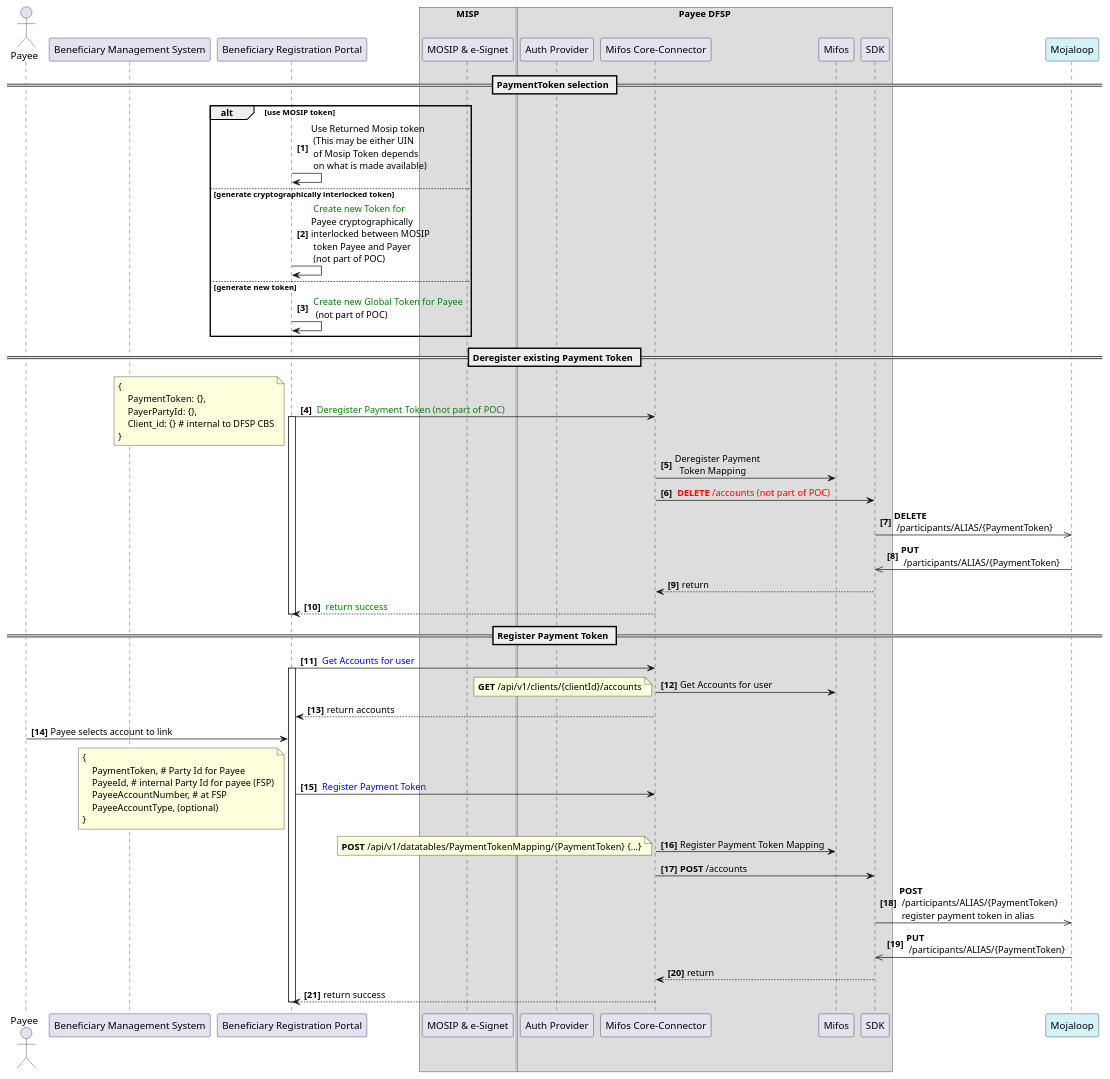
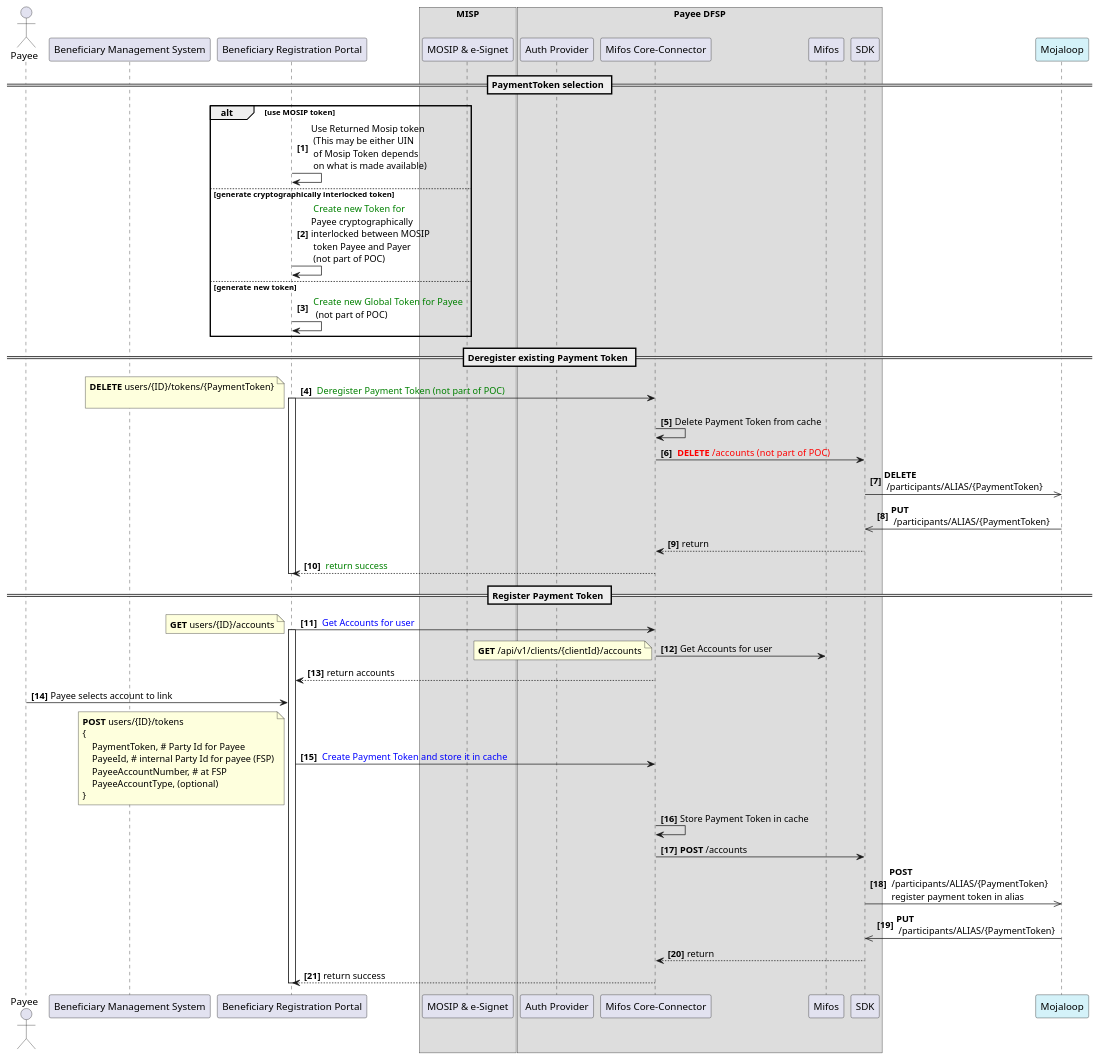
One commit to mojaloop/ml-mosip-integration changed the diagram in Docs/G2PTokenRegistrationRedirect-3-TokenRegistration.plantuml. Above: the diagram before and after it, drawn with PlantUML. The commit also changed 6 other files, not shown here.

Commit message:
feat(iprod-329): correct diagrams

```diff
--- a/Docs/G2PTokenRegistrationRedirect-3-TokenRegistration.plantuml
+++ b/Docs/G2PTokenRegistrationRedirect-3-TokenRegistration.plantuml
@@ -1,87 +1,85 @@
 @startuml
 autonumber 1 "<b>[0]"
 
 actor "Payee" as Payee
 
 participant "Beneficiary Management System" as BMS
 participant "Beneficiary Registration Portal" as BRP
 
 box MISP
 participant "MOSIP & e-Signet" as eSignet
 end box
-box "Payee DFSP" 
+box "Payee DFSP"
 participant "Auth Provider" as OAuth
 participant "Mifos Core-Connector" as CC
 participant "Mifos" as Mifos
 participant "SDK" as SDK
 end box
 participant "Mojaloop" as Mojaloop  #d4f2f9
 
-== PaymentToken selection == 
+== PaymentToken selection ==
 
 alt use MOSIP token
 BRP->BRP: Use Returned Mosip token \n (This may be either UIN \n of Mosip Token depends \n on what is made available)
 else generate cryptographically interlocked token
 BRP->BRP: <color:Green> Create new Token for \nPayee cryptographically \ninterlocked between MOSIP\n token Payee and Payer \n (not part of POC)
 else generate new token
 BRP->BRP: <color:Green> Create new Global Token for Payee\n  (not part of POC)
 end
 
 
-== Deregister existing Payment Token == 
+== Deregister existing Payment Token ==
 BRP->CC: <color:Green> Deregister Payment Token (not part of POC)
-note left 
-{
-    PaymentToken: {},
-    PayerPartyId: {}, 
-    Client_id: {} # internal to DFSP CBS
-}
+note left
+**DELETE** users/{ID}/tokens/{PaymentToken}
+
 end note
 activate BRP
 
-CC->Mifos: Deregister Payment\n  Token Mapping
+CC->CC: Delete Payment Token from cache
 CC->SDK: <color:Red> **DELETE** /accounts  (not part of POC)
-SDK->>Mojaloop: **DELETE** \n /participants/ALIAS/{PaymentToken} 
-Mojaloop->>SDK: **PUT** \n /participants/ALIAS/{PaymentToken} 
+SDK->>Mojaloop: **DELETE** \n /participants/ALIAS/{PaymentToken}
+Mojaloop->>SDK: **PUT** \n /participants/ALIAS/{PaymentToken}
 SDK-->CC: return
 
 CC-->BRP: <color:Green> return success
 deactivate BRP
 
 
-== Register Payment Token == 
-BRP->CC: <color:Blue> Get Accounts for user 
+== Register Payment Token ==
+BRP->CC: <color:Blue> Get Accounts for user
+note left
+**GET** users/{ID}/accounts
+end note
+
 activate BRP
-CC->Mifos: Get Accounts for user 
-
+CC->Mifos: Get Accounts for user
 note left
 **GET** /api/v1/clients/{clientId}/accounts
 end note
 CC-->BRP: return accounts
 
 
 Payee->BRP: Payee selects account to link
-BRP->CC: <color:Blue> Register Payment Token
+BRP->CC: <color:Blue> Create Payment Token and store it in cache
 note left
+**POST** users/{ID}/tokens
 {
     PaymentToken, # Party Id for Payee
     PayeeId, # internal Party Id for payee (FSP)
     PayeeAccountNumber, # at FSP
     PayeeAccountType, (optional)
 }
 end note
 
-CC->Mifos: Register Payment Token Mapping
-note left
- **POST** /api/v1/datatables/PaymentTokenMapping/{PaymentToken} {...}
-end note
+CC->CC: Store Payment Token in cache
 CC->SDK: **POST** /accounts
 SDK->>Mojaloop: **POST** \n /participants/ALIAS/{PaymentToken} \n register payment token in alias
-Mojaloop->>SDK: **PUT** \n /participants/ALIAS/{PaymentToken} 
+Mojaloop->>SDK: **PUT** \n /participants/ALIAS/{PaymentToken}
 SDK-->CC: return
 CC-->BRP: return success
 deactivate BRP
 
 
 
 @enduml
```
